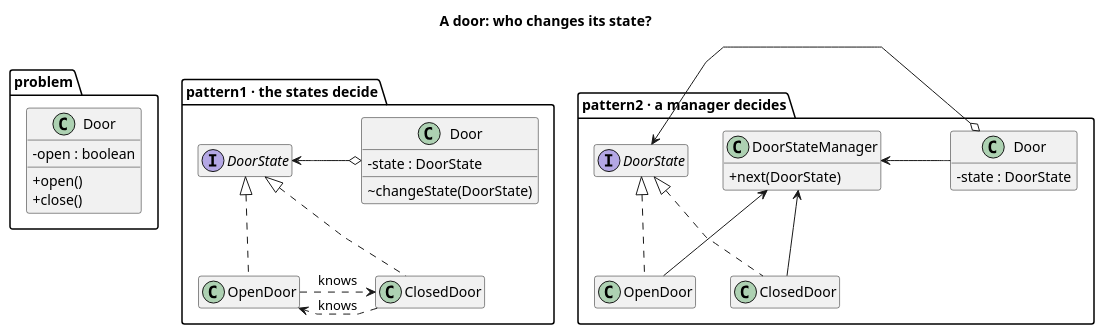
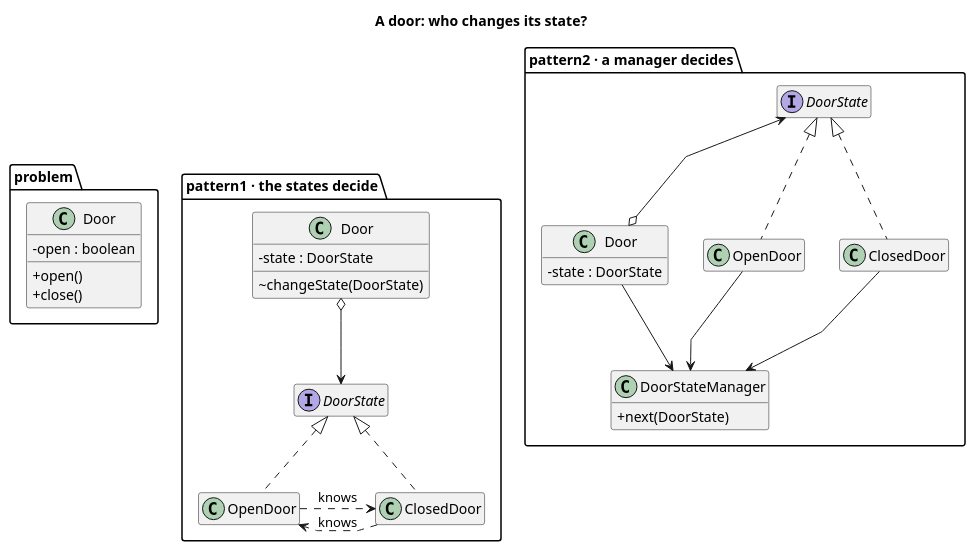
The diagram in src/main/java/dev/kaldiroglu/dp/behavioral/state/door/uml/State - Door - Class Diagram.puml (kaldiroglu/DesignPatternsWithJava), drawn with PlantUML before and after one commit. The commit also changed 54 other files, not shown here.

Commit message:
Diagrams: the last is-a families follow the layout rule; redrawn PNGs have a white background

```diff
--- a/src/main/java/dev/kaldiroglu/dp/behavioral/state/door/uml/State - Door - Class Diagram.puml
+++ b/src/main/java/dev/kaldiroglu/dp/behavioral/state/door/uml/State - Door - Class Diagram.puml
@@ -1,47 +1,47 @@
 @startuml "State - Door - Class Diagram"
 skinparam linetype polyline
 skinparam classAttributeIconSize 0
 hide empty members
 title A door: who changes its state?
 
 package "problem" {
   class "Door" as D0 {
     - open : boolean
     + open()
     + close()
   }
 }
 package "pattern1 · the states decide" {
   class "Door" as D1 {
     - state : DoorState
     ~ changeState(DoorState)
   }
   interface "DoorState" as S1
   class "OpenDoor" as O1
   class "ClosedDoor" as C1
   S1 <|.. O1
   S1 <|.. C1
 }
 package "pattern2 · a manager decides" {
   class "Door" as D2 {
     - state : DoorState
   }
   class DoorStateManager {
     + next(DoorState)
   }
   interface "DoorState" as S2
   class "OpenDoor" as O2
   class "ClosedDoor" as C2
   S2 <|.. O2
   S2 <|.. C2
 }
-D0 -[hidden]right- D1
-D1 -[hidden]right- D2
-  D1 o-[norank]-> S1
+  D1 o--> S1
   O1 .[norank].> C1 : knows
   C1 .[norank].> O1 : knows
   D2 o-[norank]-> S2
-  D2 -[norank]-> DoorStateManager
+  D2 --> DoorStateManager
   O2 -[norank]-> DoorStateManager
-  C2 -[norank]-> DoorStateManager
+  C2 --> DoorStateManager
+D0 -[hidden]right- D1
+D1 -[hidden]right- D2
 @enduml
```
